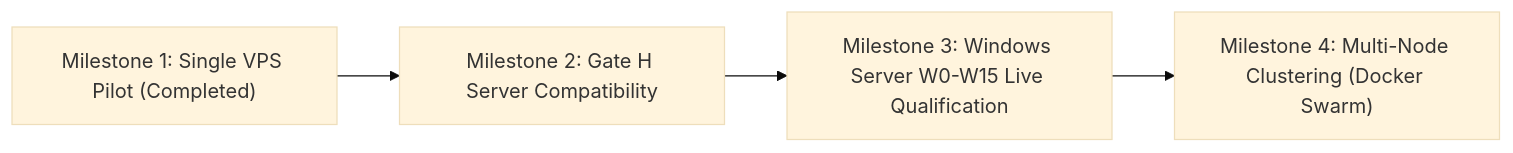
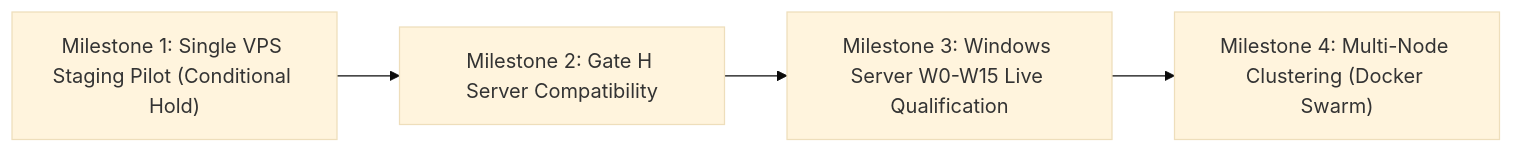
Before and after one commit to tmk-computers/vps-infra: the diagram in docs/v2/07-roadmap/INFRA_ROADMAP.md, drawn with Mermaid (base theme). The commit also changed 5 other files, not shown here.

````diff
--- a/docs/v2/07-roadmap/INFRA_ROADMAP.md
+++ b/docs/v2/07-roadmap/INFRA_ROADMAP.md
@@ -14,6 +14,6 @@
 ```mermaid
 graph LR
-    M1["Milestone 1: Single VPS Pilot (Completed)"] --> M2["Milestone 2: Gate H Server Compatibility"]
+    M1["Milestone 1: Single VPS Staging Pilot (Conditional Hold)"] --> M2["Milestone 2: Gate H Server Compatibility"]
     M2 --> M3["Milestone 3: Windows Server W0-W15 Live Qualification"]
     M3 --> M4["Milestone 4: Multi-Node Clustering (Docker Swarm)"]
 ```
````
